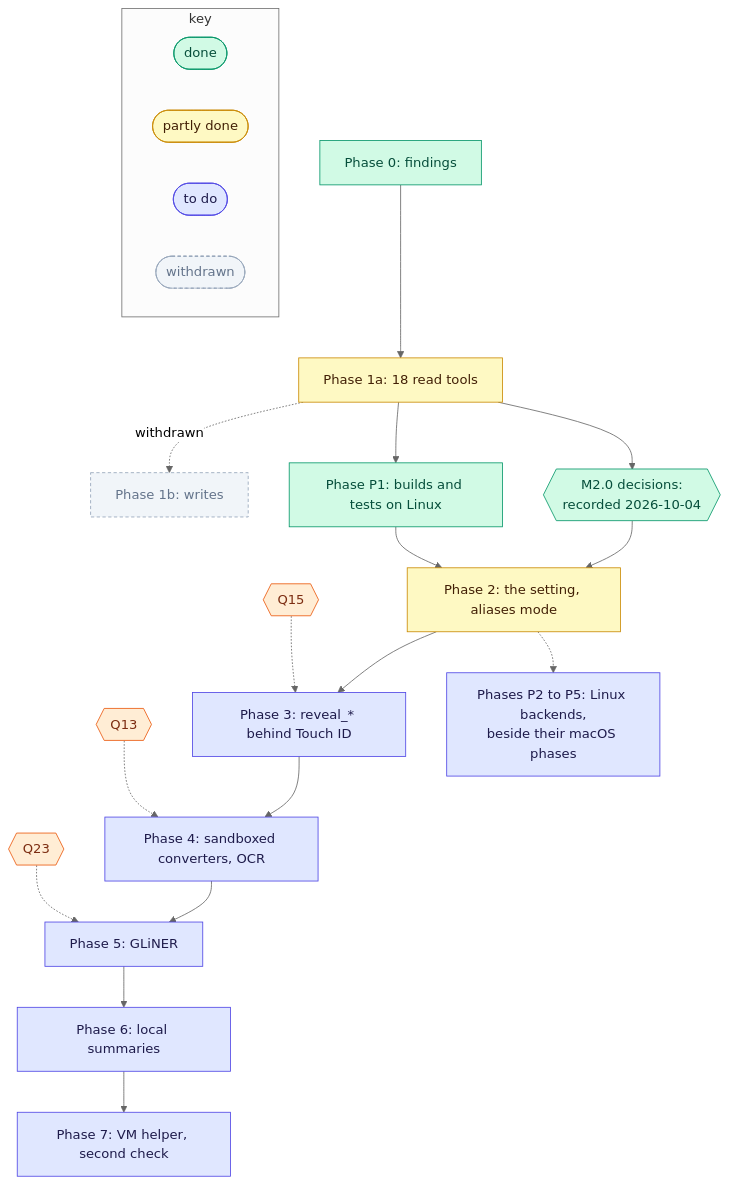
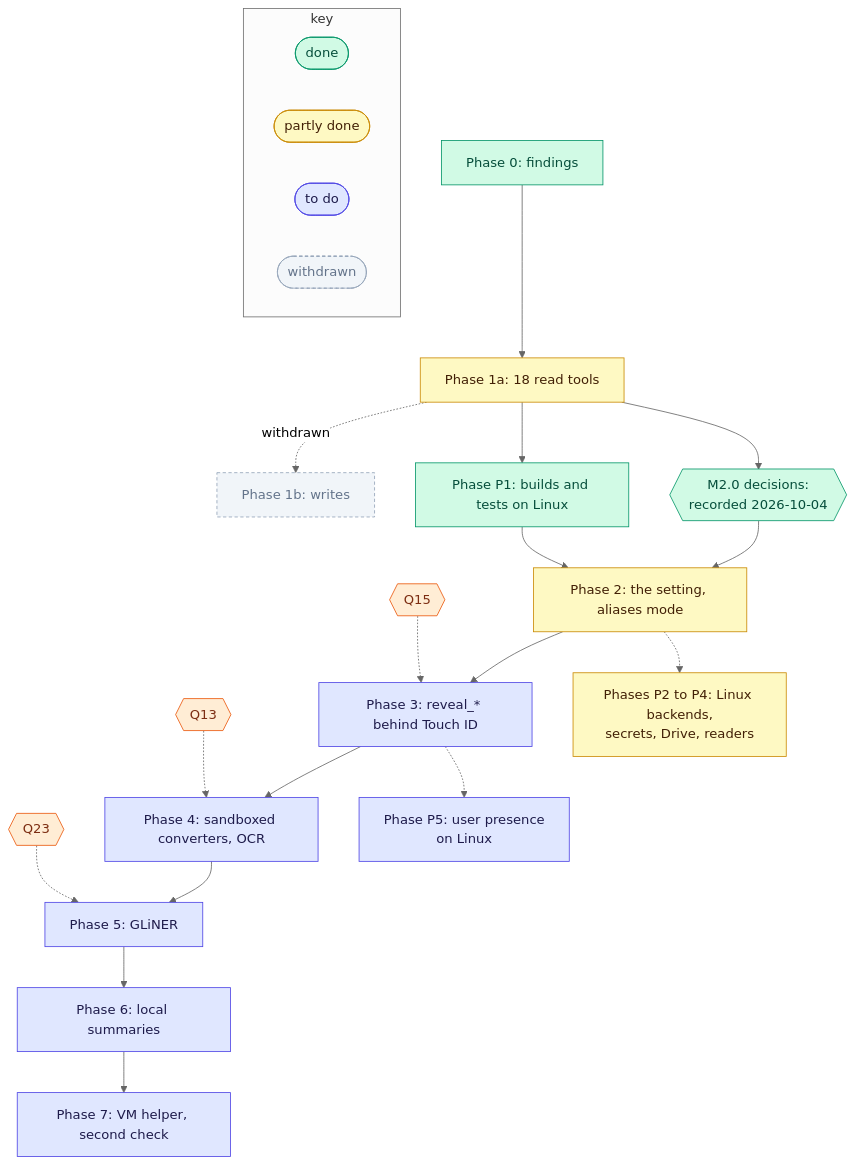
Before and after one commit to matt-w-horn/protonctl: the diagram in docs/rfc-0001/09-rollout.md, drawn with Mermaid (neutral theme). The commit also changed other lines of this file and 14 other files, not shown here.

````diff
--- a/docs/rfc-0001/09-rollout.md
+++ b/docs/rfc-0001/09-rollout.md
@@ -7,36 +7,37 @@
 ```mermaid
 flowchart TB
     P0["Phase 0: findings"] --> P1a["Phase 1a: 18 read tools"]
     P1a -.->|withdrawn| P1b["Phase 1b: writes"]
     P1a --> D2{{"M2.0 decisions:<br/>recorded 2026-10-04"}}
     D2 --> P2["Phase 2: the setting, aliases mode"]
     P2 --> P3["Phase 3: reveal_* behind Touch ID"]
     P3 --> P4["Phase 4: sandboxed converters, OCR"]
     P4 --> P5["Phase 5: GLiNER"]
     P5 --> P6["Phase 6: local summaries"]
     P6 --> P7["Phase 7: VM helper, second check"]
     Q15{{"Q15"}} -.-> P3
     Q13{{"Q13"}} -.-> P4
     Q23{{"Q23"}} -.-> P5
     PP1["Phase P1: builds and tests on Linux"] --> P2
     P1a --> PP1
-    P2 -.-> PP2["Phases P2 to P5: Linux backends,<br/>beside their macOS phases"]
+    P2 -.-> PP2["Phases P2 to P4: Linux backends,<br/>secrets, Drive, readers"]
+    P3 -.-> PP5["Phase P5: user presence<br/>on Linux"]
     subgraph key["key"]
         direction LR
         L1(["done"])
         L2(["partly done"])
         L3(["to do"])
         L4(["withdrawn"])
     end
 
     classDef done fill:#D1FAE5,stroke:#059669,color:#064E3B
     classDef part fill:#FEF9C3,stroke:#CA8A04,color:#422006
     classDef todo fill:#E0E7FF,stroke:#4F46E5,color:#1E1B4B
     classDef gone fill:#F1F5F9,stroke:#94A3B8,color:#64748B,stroke-dasharray:4 3
     classDef q fill:#FFEDD5,stroke:#EA580C,color:#7C2D12
     class P0,PP1,D2,L1 done
-    class P1a,P2,L2 part
-    class P3,P4,P5,P6,P7,PP2,L3 todo
+    class P1a,P2,PP2,L2 part
+    class P3,P4,P5,P6,P7,PP5,L3 todo
     class P1b,L4 gone
     class Q13,Q15,Q23 q
 ```
````
